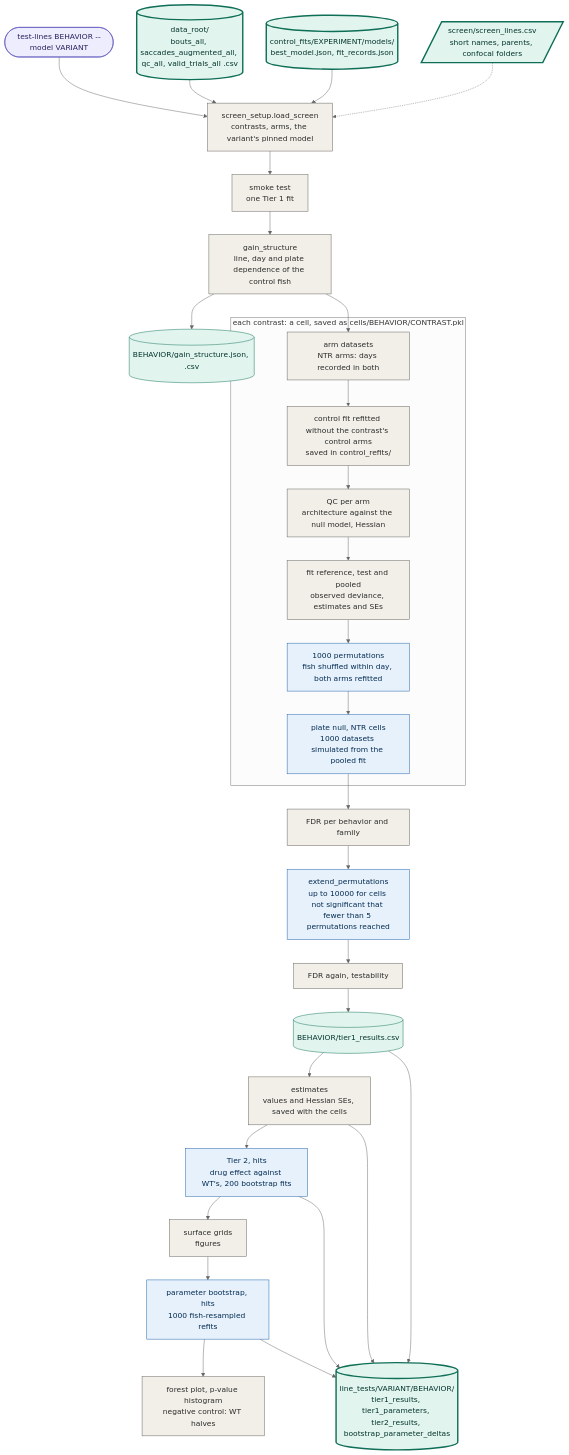
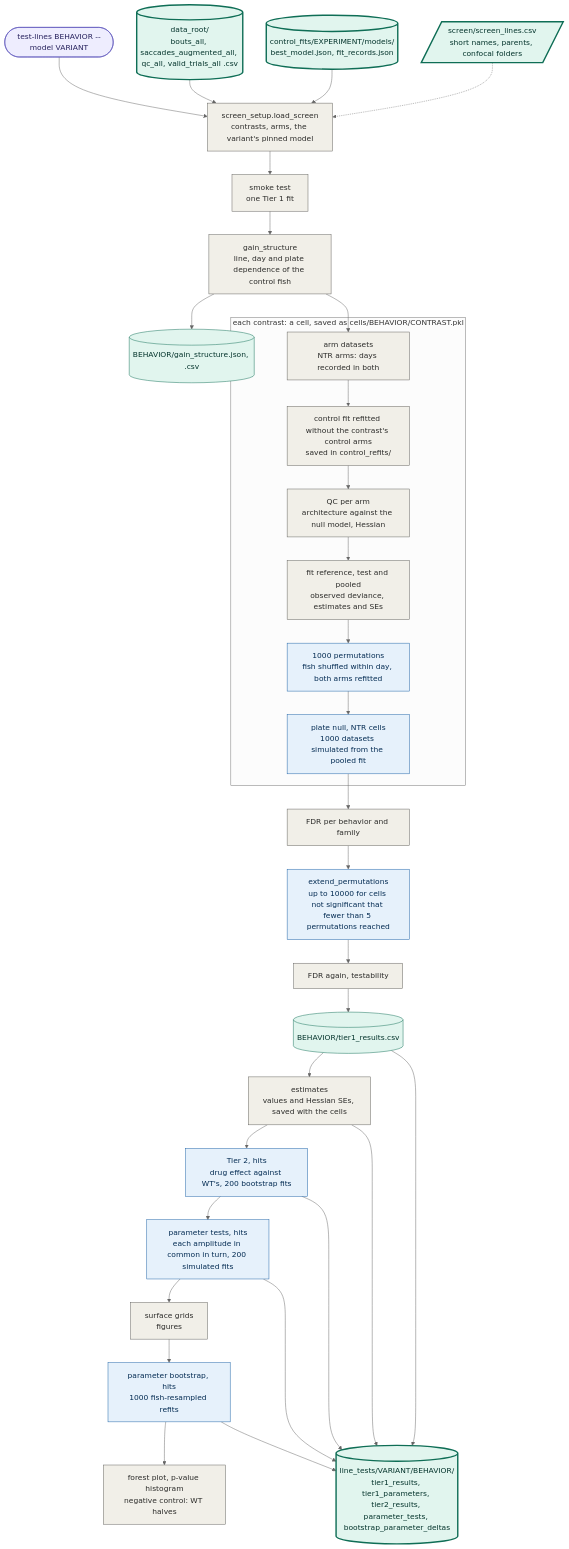
Before and after one commit to ElTinmar/BehaviorScreen: the fifth of 7 diagrams in docs/pipeline.md, drawn with Mermaid (neutral theme). The commit also changed other lines of this file and 9 other files, not shown here.

````diff
--- a/docs/pipeline.md
+++ b/docs/pipeline.md
@@ -233,63 +233,66 @@
 ```mermaid
 %% stage: Line tests
 %% shared: merged control_fits lines_csv behavior_tables
 flowchart TD
   test_cmd(["test-lines BEHAVIOR --model VARIANT"]):::cmd
   merged[("data_root/<br>bouts_all, saccades_augmented_all, qc_all, valid_trials_all .csv")]:::shared
   control_fits[("control_fits/EXPERIMENT/models/<br>best_model.json, fit_records.json")]:::shared
   lines_csv[/"screen/screen_lines.csv<br>short names, parents, confocal folders"/]:::shared
   setup["screen_setup.load_screen<br>contrasts, arms, the variant's pinned model"]:::step
   smoke["smoke test<br>one Tier 1 fit"]:::step
   gain_structure["gain_structure<br>line, day and plate dependence of the control fish"]:::step
   gs_out[("BEHAVIOR/gain_structure.json, .csv")]:::data
   subgraph cells["each contrast: a cell, saved as cells/BEHAVIOR/CONTRAST.pkl"]
     arm_data["arm datasets<br>NTR arms: days recorded in both"]:::step
     control_refit["control fit refitted without the contrast's control arms<br>saved in control_refits/"]:::step
     arm_qc["QC per arm<br>architecture against the null model, Hessian"]:::step
     arm_fits["fit reference, test and pooled<br>observed deviance, estimates and SEs"]:::step
     permutations["1000 permutations<br>fish shuffled within day, both arms refitted"]:::par
     plate_null["plate null, NTR cells<br>1000 datasets simulated from the pooled fit"]:::par
   end
   fdr["FDR per behavior and family"]:::step
   extend["extend_permutations<br>up to 10000 for cells not significant that fewer than 5 permutations reached"]:::par
   fdr_again["FDR again, testability"]:::step
   tier1[("BEHAVIOR/tier1_results.csv")]:::data
   estimates["estimates<br>values and Hessian SEs, saved with the cells"]:::step
   tier2["Tier 2, hits<br>drug effect against WT's, 200 bootstrap fits"]:::par
+  posthoc["parameter tests, hits<br>each amplitude in common in turn, 200 simulated fits"]:::par
   grids["surface grids<br>figures"]:::step
   pboot["parameter bootstrap, hits<br>1000 fish-resampled refits"]:::par
   checks["forest plot, p-value histogram<br>negative control: WT halves"]:::step
-  behavior_tables[("line_tests/VARIANT/BEHAVIOR/<br>tier1_results, tier1_parameters, tier2_results, bootstrap_parameter_deltas")]:::shared
+  behavior_tables[("line_tests/VARIANT/BEHAVIOR/<br>tier1_results, tier1_parameters, tier2_results, parameter_tests, bootstrap_parameter_deltas")]:::shared
   test_cmd --> setup
   merged --> setup
   control_fits --> setup
   lines_csv -.-> setup
   setup --> smoke
   smoke --> gain_structure
   gain_structure --> gs_out
   gain_structure --> arm_data
   arm_data --> control_refit
   control_refit --> arm_qc
   arm_qc --> arm_fits
   arm_fits --> permutations
   permutations --> plate_null
   plate_null --> fdr
   fdr --> extend
   extend --> fdr_again
   fdr_again --> tier1
   tier1 --> estimates
   estimates --> tier2
-  tier2 --> grids
+  tier2 --> posthoc
+  posthoc --> grids
   grids --> pboot
   pboot --> checks
   tier1 --> behavior_tables
   estimates --> behavior_tables
   tier2 --> behavior_tables
+  posthoc --> behavior_tables
   pboot --> behavior_tables
   classDef cmd fill:#EEEDFE,stroke:#534AB7,color:#26215C
   classDef step fill:#F1EFE8,stroke:#5F5E5A,color:#2C2C2A
   classDef par fill:#E6F1FB,stroke:#185FA5,color:#042C53
   classDef data fill:#E1F5EE,stroke:#0F6E56,color:#04342C
   classDef shared fill:#E1F5EE,stroke:#0F6E56,color:#04342C,stroke-width:3px
   classDef config fill:#FAEEDA,stroke:#854F0B,color:#412402
 ```
````
